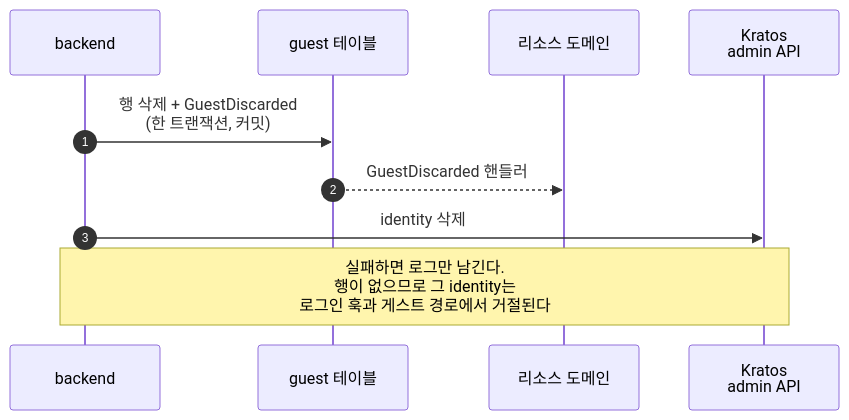
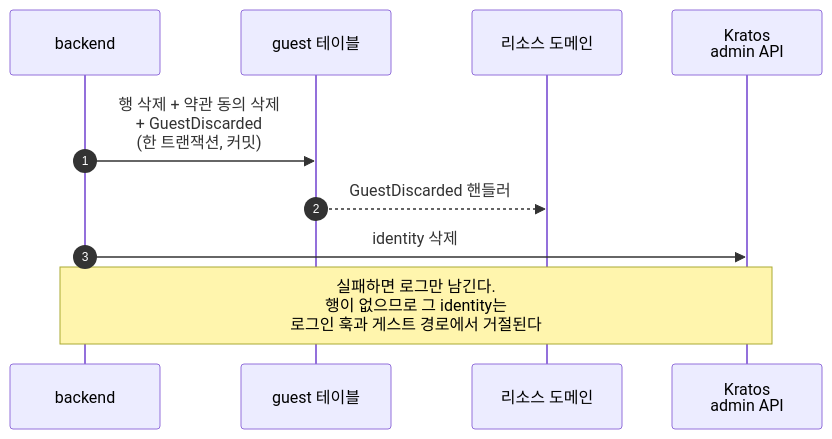
One commit to onprem-hipster-timer/backend changed the fifth of 10 diagrams in docs/guides/guest.ko.md. Above: the diagram before and after it, drawn with Mermaid. The commit also changed other lines of this file and 4 other files, not shown here.

````diff
--- a/docs/guides/guest.ko.md
+++ b/docs/guides/guest.ko.md
@@ -266,13 +276,13 @@
 ```mermaid
 sequenceDiagram
     autonumber
     participant B as backend
     participant D as guest 테이블
     participant R as 리소스 도메인
     participant K as Kratos<br/>admin API
 
-    B->>D: 행 삭제 + GuestDiscarded<br/>(한 트랜잭션, 커밋)
+    B->>D: 행 삭제 + 약관 동의 삭제<br/>+ GuestDiscarded<br/>(한 트랜잭션, 커밋)
     D-->>R: GuestDiscarded 핸들러
     B->>K: identity 삭제
     Note over B,K: 실패하면 로그만 남긴다.<br/>행이 없으므로 그 identity는<br/>로그인 훅과 게스트 경로에서 거절된다
 ```
````
